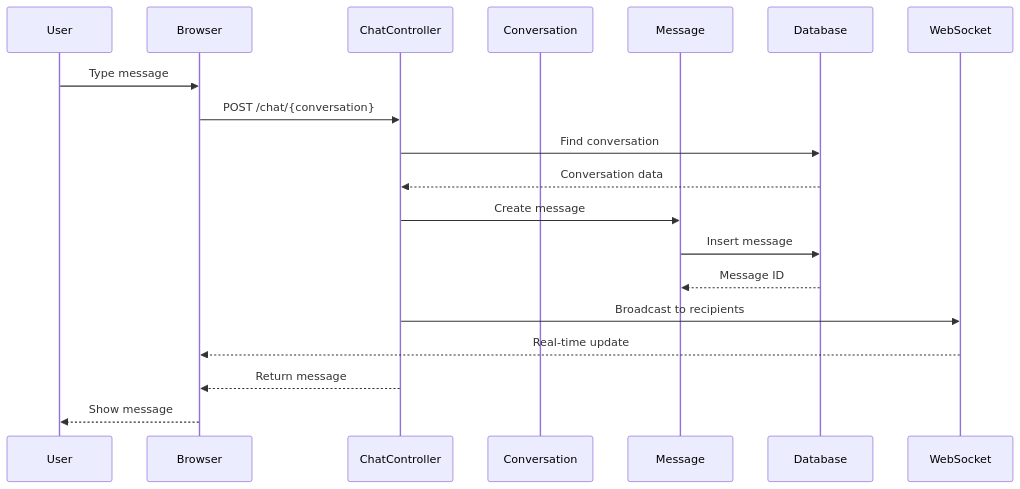
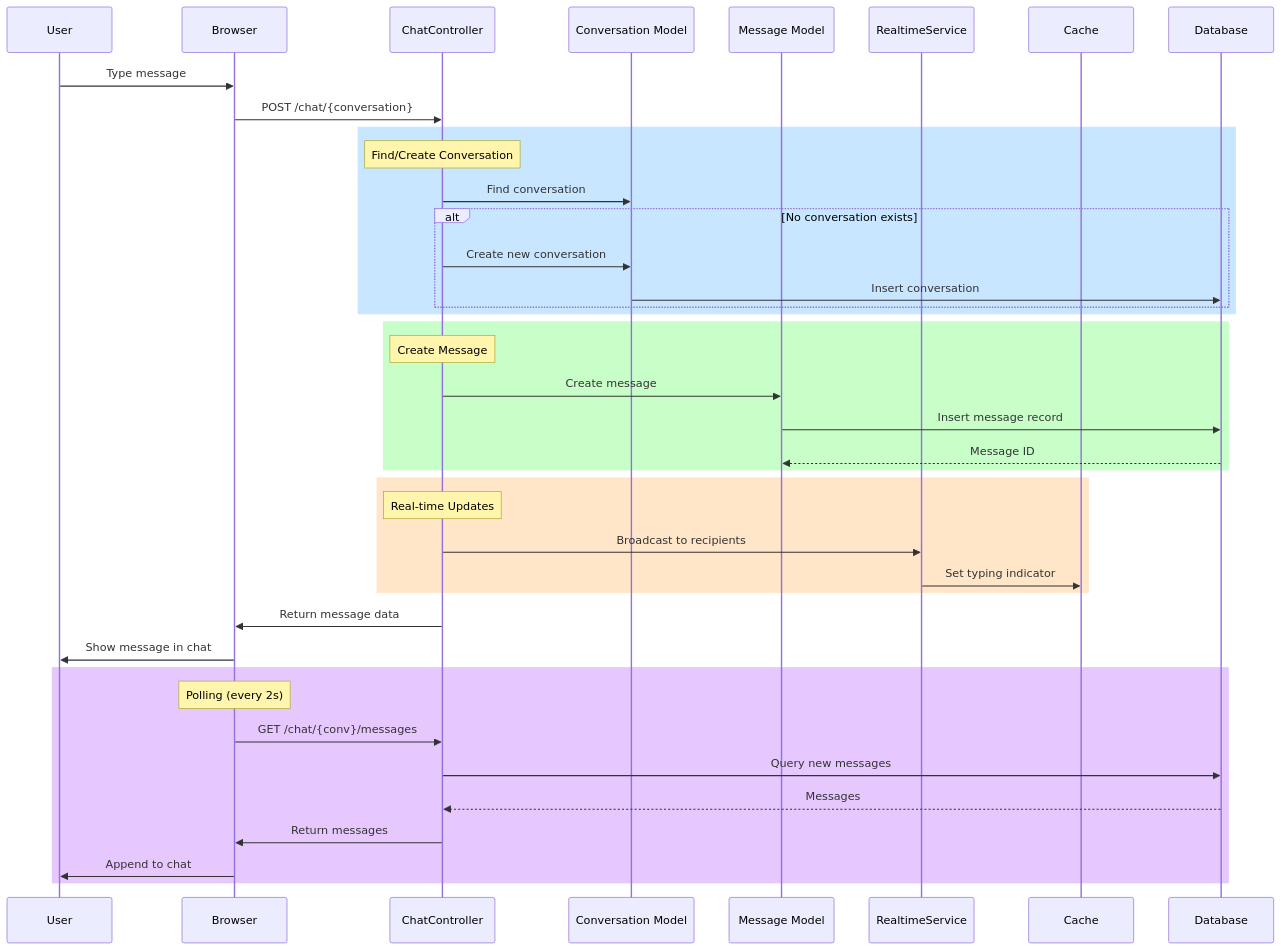
Before and after one commit to vd120/laravel_project: the eighth of 28 diagrams in UML.md, drawn with Mermaid. The commit also changed other lines of this file and 36 other files, not shown here.

````diff
--- a/UML.md
+++ b/UML.md
@@ -563,22 +1116,48 @@
 ```mermaid
 sequenceDiagram
     participant U as User
     participant B as Browser
     participant CC as ChatController
-    participant C as Conversation
-    participant M as Message
+    participant ConvM as Conversation Model
+    participant MsgM as Message Model
+    participant RealtimeS as RealtimeService
+    participant Cache as Cache
     participant DB as Database
-    participant WS as WebSocket
 
     U->>B: Type message
     B->>CC: POST /chat/{conversation}
-    CC->>DB: Find conversation
-    DB-->>CC: Conversation data
-    CC->>M: Create message
-    M->>DB: Insert message
-    DB-->>M: Message ID
-    CC->>WS: Broadcast to recipients
-    WS-->>B: Real-time update
-    CC-->>B: Return message
-    B-->>U: Show message
+
+    rect rgb(200, 230, 255)
+        Note over CC: Find/Create Conversation
+        CC->>ConvM: Find conversation
+        alt No conversation exists
+            CC->>ConvM: Create new conversation
+            ConvM->>DB: Insert conversation
+        end
+    end
+
+    rect rgb(200, 255, 200)
+        Note over CC: Create Message
+        CC->>MsgM: Create message
+        MsgM->>DB: Insert message record
+        DB-->>MsgM: Message ID
+    end
+
+    rect rgb(255, 230, 200)
+        Note over CC: Real-time Updates
+        CC->>RealtimeS: Broadcast to recipients
+        RealtimeS->>Cache: Set typing indicator
+    end
+
+    CC->>B: Return message data
+    B->>U: Show message in chat
+
+    rect rgb(230, 200, 255)
+        Note over B: Polling (every 2s)
+        B->>CC: GET /chat/{conv}/messages
+        CC->>DB: Query new messages
+        DB-->>CC: Messages
+        CC->>B: Return messages
+        B->>U: Append to chat
+    end
 ```
````
